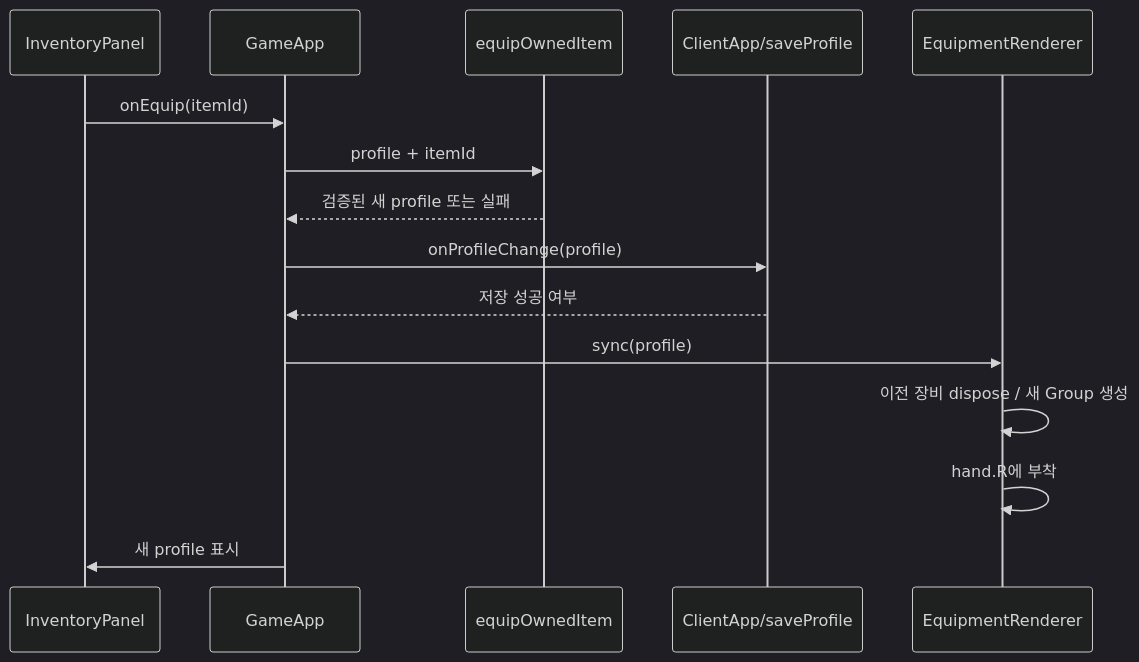
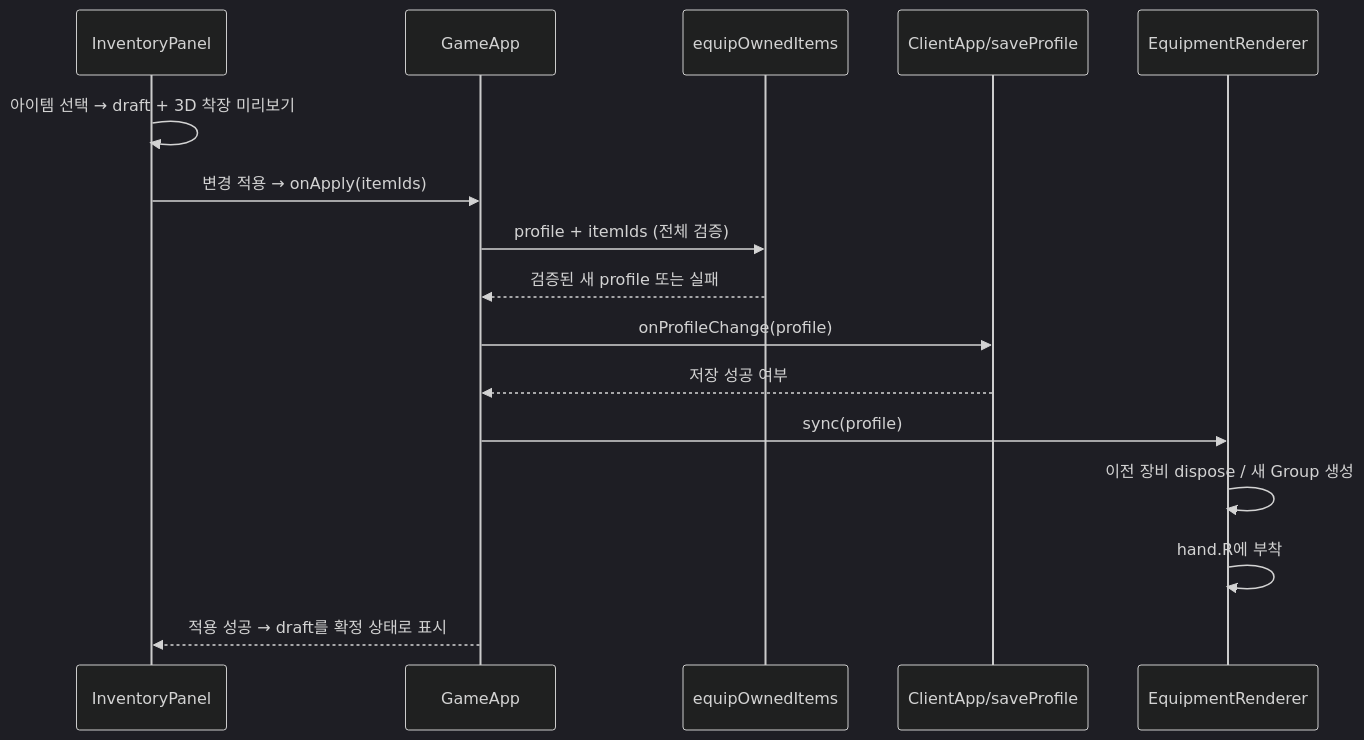
The diagram in docs/CLIENT_FLOW.md (jacking75/threejs-mmo_client), drawn with Mermaid (dark theme) before and after one commit. The commit also changed other lines of this file and 63 other files, not shown here.

````diff
--- a/docs/CLIENT_FLOW.md
+++ b/docs/CLIENT_FLOW.md
@@ -5,17 +5,18 @@
 ```mermaid
 sequenceDiagram
     participant UI as InventoryPanel
     participant Game as GameApp
-    participant Domain as equipOwnedItem
+    participant Domain as equipOwnedItems
     participant Save as ClientApp/saveProfile
     participant Render as EquipmentRenderer
-    UI->>Game: onEquip(itemId)
-    Game->>Domain: profile + itemId
+    UI->>UI: 아이템 선택 → draft + 3D 착장 미리보기
+    UI->>Game: 변경 적용 → onApply(itemIds)
+    Game->>Domain: profile + itemIds (전체 검증)
     Domain-->>Game: 검증된 새 profile 또는 실패
     Game->>Save: onProfileChange(profile)
     Save-->>Game: 저장 성공 여부
     Game->>Render: sync(profile)
     Render->>Render: 이전 장비 dispose / 새 Group 생성
     Render->>Render: hand.R에 부착
-    Game->>UI: 새 profile 표시
+    Game-->>UI: 적용 성공 → draft를 확정 상태로 표시
 ```
````
